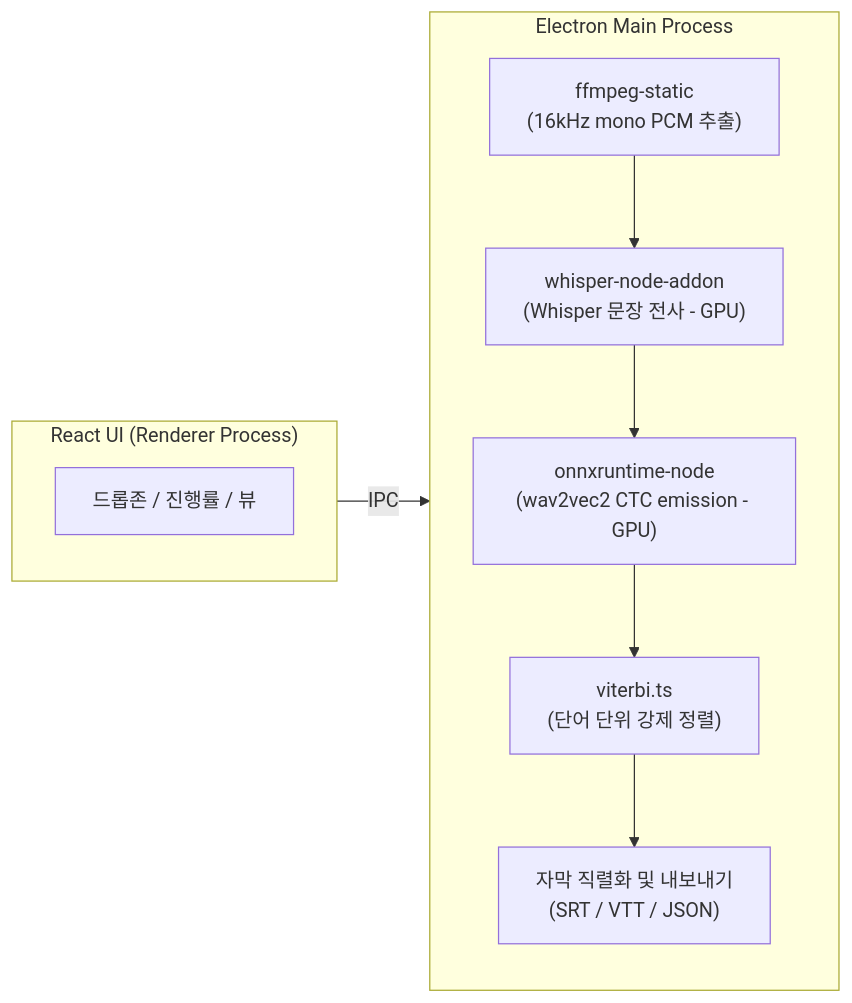
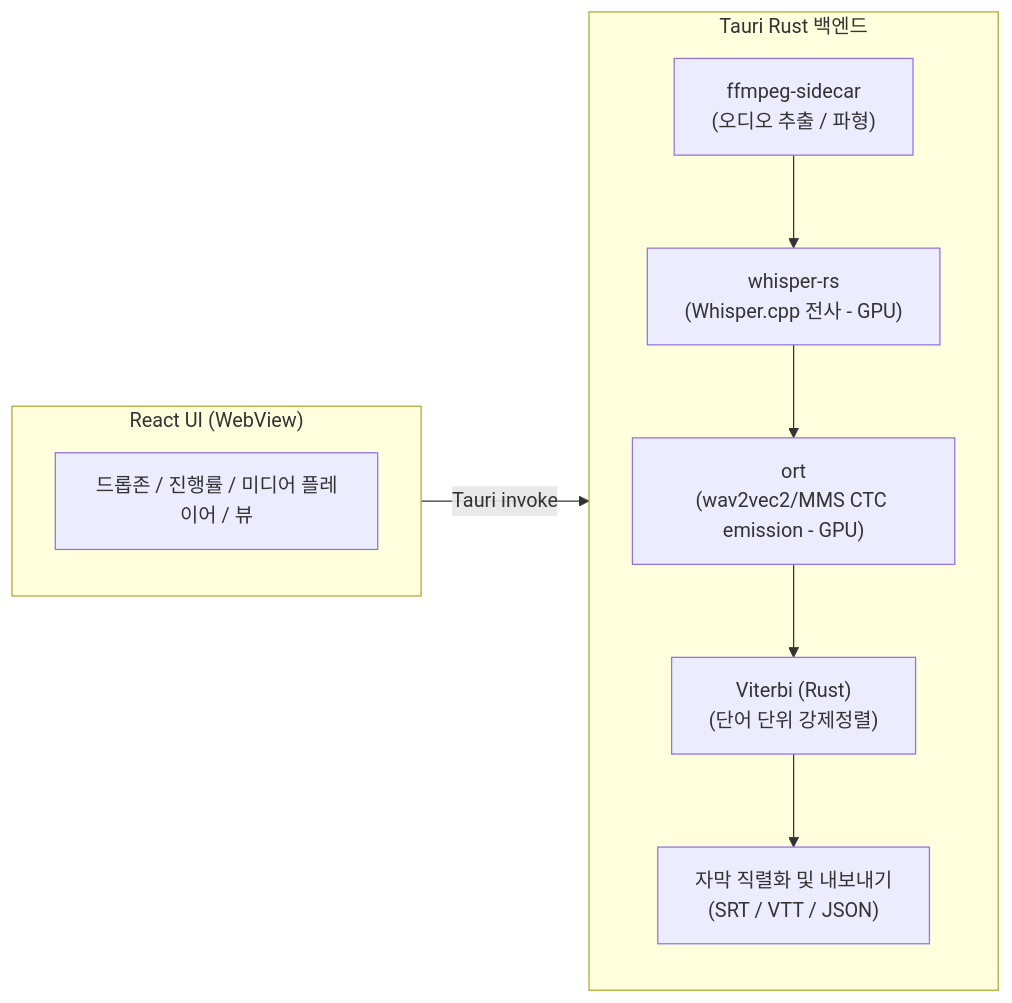
The diagram in README.md (samchiball/CaptionX), drawn with Mermaid before and after one commit. The commit also changed other lines of this file and 181 other files, not shown here.

Commit message:
feat: migrate Electron app to Tauri v2 + React 19 and translate files/comments to English

````diff
--- a/README.md
+++ b/README.md
@@ -70,20 +95,20 @@
 ```mermaid
 flowchart LR
-    subgraph UI ["React UI (Renderer Process)"]
+    subgraph UI ["React UI (WebView)"]
         direction TB
-        UI_A["드롭존 / 진행률 / 뷰"]
+        UI_A["드롭존 / 진행률 / 미디어 플레이어 / 뷰"]
     end
 
-    subgraph Main ["Electron Main Process"]
+    subgraph Backend ["Tauri Rust 백엔드"]
         direction TB
-        Main_B["ffmpeg-static<br/>(16kHz mono PCM 추출)"]
-        Main_C["whisper-node-addon<br/>(Whisper 문장 전사 - GPU)"]
-        Main_D["onnxruntime-node<br/>(wav2vec2 CTC emission - GPU)"]
-        Main_E["viterbi.ts<br/>(단어 단위 강제 정렬)"]
-        Main_F["자막 직렬화 및 내보내기<br/>(SRT / VTT / JSON)"]
+        B_A["ffmpeg-sidecar<br/>(오디오 추출 / 파형)"]
+        B_B["whisper-rs<br/>(Whisper.cpp 전사 - GPU)"]
+        B_C["ort<br/>(wav2vec2/MMS CTC emission - GPU)"]
+        B_D["Viterbi (Rust)<br/>(단어 단위 강제정렬)"]
+        B_E["자막 직렬화 및 내보내기<br/>(SRT / VTT / JSON)"]
 
-        Main_B --> Main_C --> Main_D --> Main_E --> Main_F
+        B_A --> B_B --> B_C --> B_D --> B_E
     end
 
-    UI_A -- "IPC" --> Main_B
+    UI_A -- "Tauri invoke" --> B_A
 ```
````
